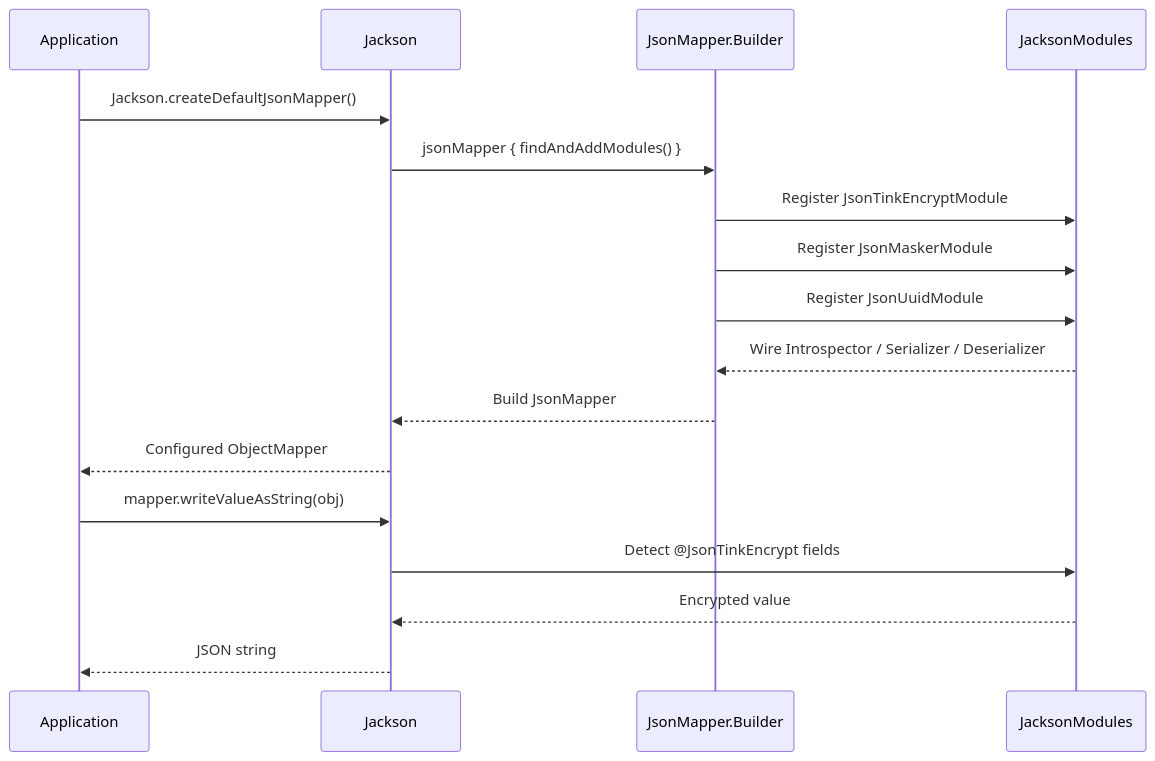
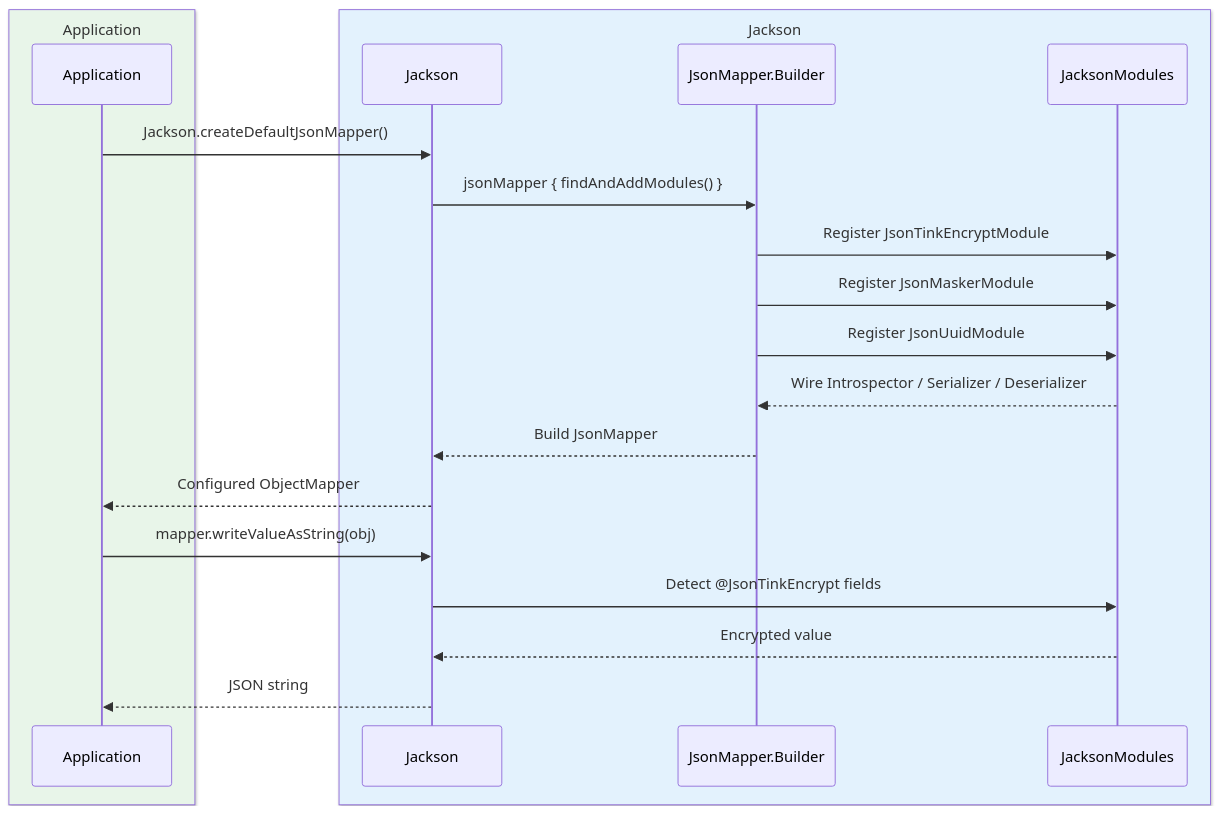
One commit to bluetape4k/bluetape4k-projects changed the third of 3 diagrams in io/jackson3/README.md. Above: the diagram before and after it, drawn with Mermaid. The commit also changed other lines of this file and 221 other files, not shown here.

First line of the commit message:
docs: 전체 모듈 README UML 다이어그램 보강 및 색상 업그레이드

````diff
--- a/io/jackson3/README.md
+++ b/io/jackson3/README.md
@@ -370,21 +382,25 @@
 ```mermaid
 sequenceDiagram
-    participant App as Application
-    participant J as Jackson
-    participant M as JsonMapper.Builder
-    participant MOD as JacksonModules
+    box rgb(232, 245, 233) Application
+        participant App as Application
+    end
+    box rgb(227, 242, 253) Jackson
+        participant J as Jackson
+        participant M as JsonMapper.Builder
+        participant MOD as JacksonModules
+    end
 
     App->>J: Jackson.createDefaultJsonMapper()
     J->>M: jsonMapper { findAndAddModules() }
     M->>MOD: Register JsonTinkEncryptModule
     M->>MOD: Register JsonMaskerModule
     M->>MOD: Register JsonUuidModule
     MOD-->>M: Wire Introspector / Serializer / Deserializer
     M-->>J: Build JsonMapper
     J-->>App: Configured ObjectMapper
 
     App->>J: mapper.writeValueAsString(obj)
     J->>MOD: Detect @JsonTinkEncrypt fields
     MOD-->>J: Encrypted value
     J-->>App: JSON string
 ```
````
